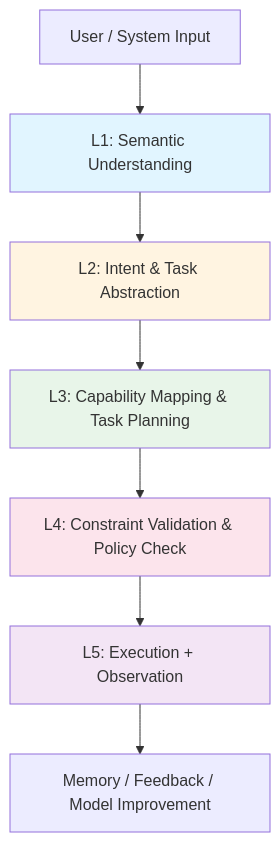
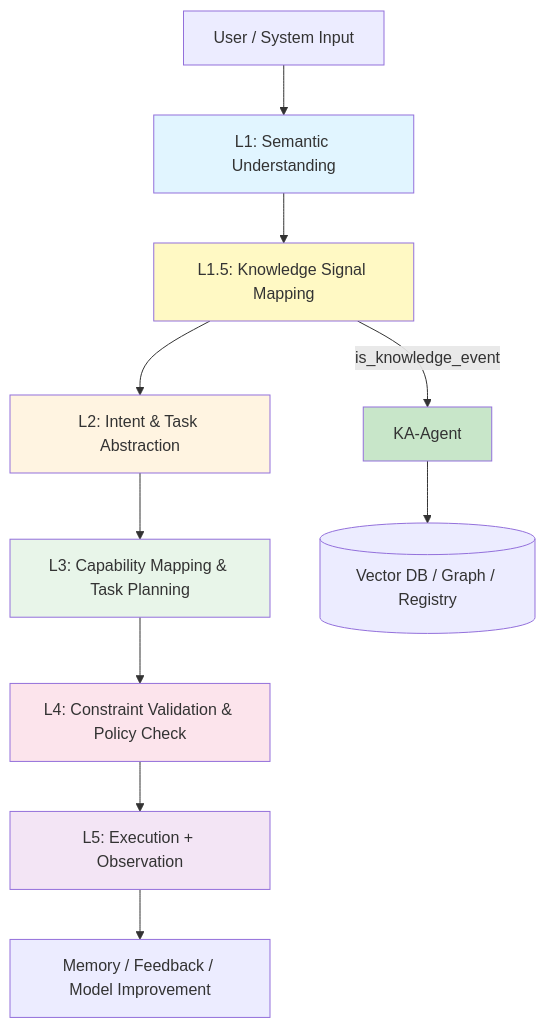
The first of 3 diagrams in docs/系统设计文档/核心组件/語義與任務分析/AI-Box 語義與任務工程-設計說明書-v4.md (DanielChung520/AI-Box), drawn with Mermaid before and after one commit. The commit also changed other lines of this file and 2227 other files, not shown here.

````diff
--- a/docs/系统设计文档/核心组件/語義與任務分析/AI-Box 語義與任務工程-設計說明書-v4.md
+++ b/docs/系统设计文档/核心组件/語義與任務分析/AI-Box 語義與任務工程-設計說明書-v4.md
@@ -61,15 +61,21 @@
 ```mermaid
 graph TD
     A[User / System Input] --> B[L1: Semantic Understanding]
-    B --> C[L2: Intent & Task Abstraction]
+    B --> B5[L1.5: Knowledge Signal Mapping]
+    B5 --> C[L2: Intent & Task Abstraction]
     C --> D[L3: Capability Mapping & Task Planning]
     D --> E[L4: Constraint Validation & Policy Check]
     E --> F[L5: Execution + Observation]
     F --> G[Memory / Feedback / Model Improvement]
     
+    B5 -->|is_knowledge_event| KA[KA-Agent]
+    KA --> KB[(Vector DB / Graph / Registry)]
+    
     style B fill:#e1f5ff
+    style B5 fill:#fff9c4
     style C fill:#fff4e1
     style D fill:#e8f5e9
     style E fill:#fce4ec
     style F fill:#f3e5f5
+    style KA fill:#c8e6c9
 ```
````
